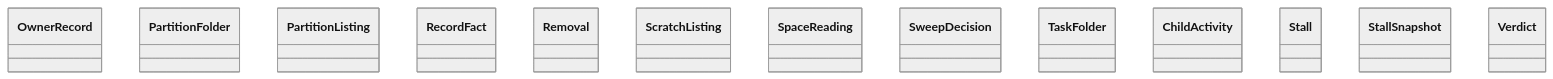
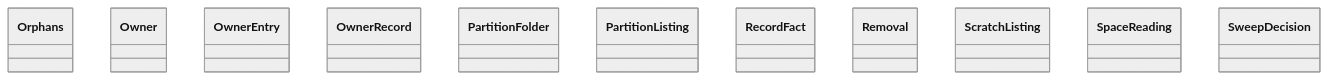
One commit to GonzaloZevallos/agentic-system changed the diagram in docs/architecture/generated/classes-process-domain-machine-2.md. Above: the diagram before and after it, drawn with Mermaid (neutral theme). The commit also changed other lines of this file and 23 other files, not shown here.

````diff
--- a/docs/architecture/generated/classes-process-domain-machine-2.md
+++ b/docs/architecture/generated/classes-process-domain-machine-2.md
@@ -25,16 +26,14 @@
 ```mermaid
 classDiagram
+    class scratch__Orphans["Orphans"]
+    class scratch__Owner["Owner"]
+    class scratch__OwnerEntry["OwnerEntry"]
     class scratch__OwnerRecord["OwnerRecord"]
     class scratch__PartitionFolder["PartitionFolder"]
     class scratch__PartitionListing["PartitionListing"]
     class scratch__RecordFact["RecordFact"]
     class scratch__Removal["Removal"]
     class scratch__ScratchListing["ScratchListing"]
     class scratch__SpaceReading["SpaceReading"]
     class scratch__SweepDecision["SweepDecision"]
-    class scratch__TaskFolder["TaskFolder"]
-    class stall__ChildActivity["ChildActivity"]
-    class stall__Stall["Stall"]
-    class stall__StallSnapshot["StallSnapshot"]
-    class stall__Verdict["Verdict"]
 ```
````
